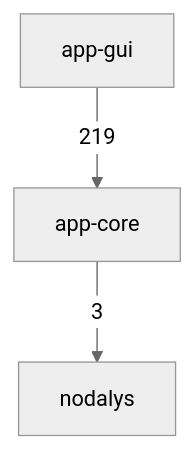
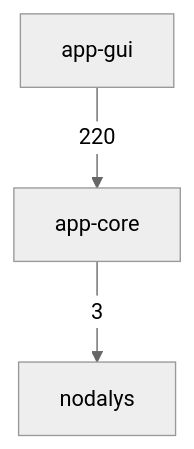
The first of 3 diagrams in docs/architecture.md (ronnymilleo/imcsim), drawn with Mermaid (neutral theme) before and after one commit. The commit also changed other lines of this file and 34 other files, not shown here.

````diff
--- a/docs/architecture.md
+++ b/docs/architecture.md
@@ -22,8 +22,8 @@
 ```mermaid
 flowchart TD
     app_gui[app-gui]
     app_core[app-core]
     nodalys[nodalys]
     app_core -->|3| nodalys
-    app_gui -->|219| app_core
+    app_gui -->|220| app_core
 ```
````
